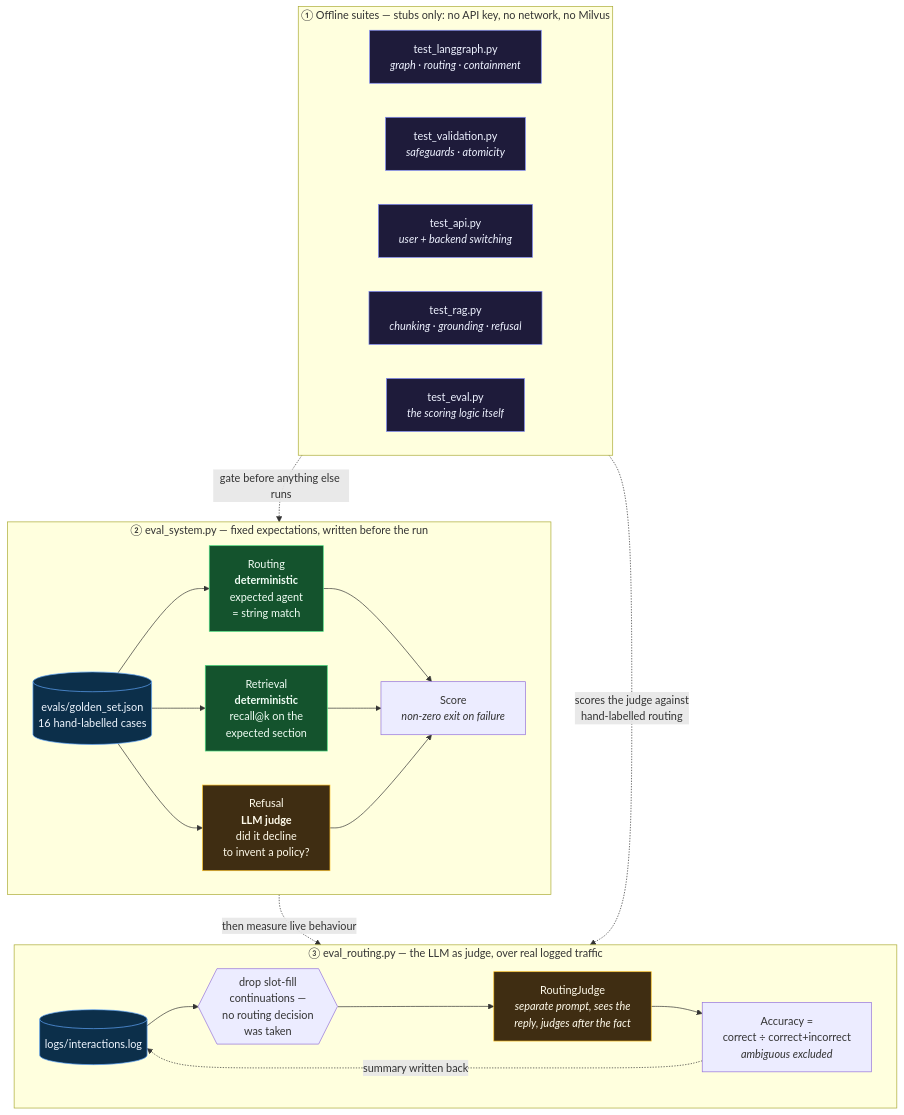
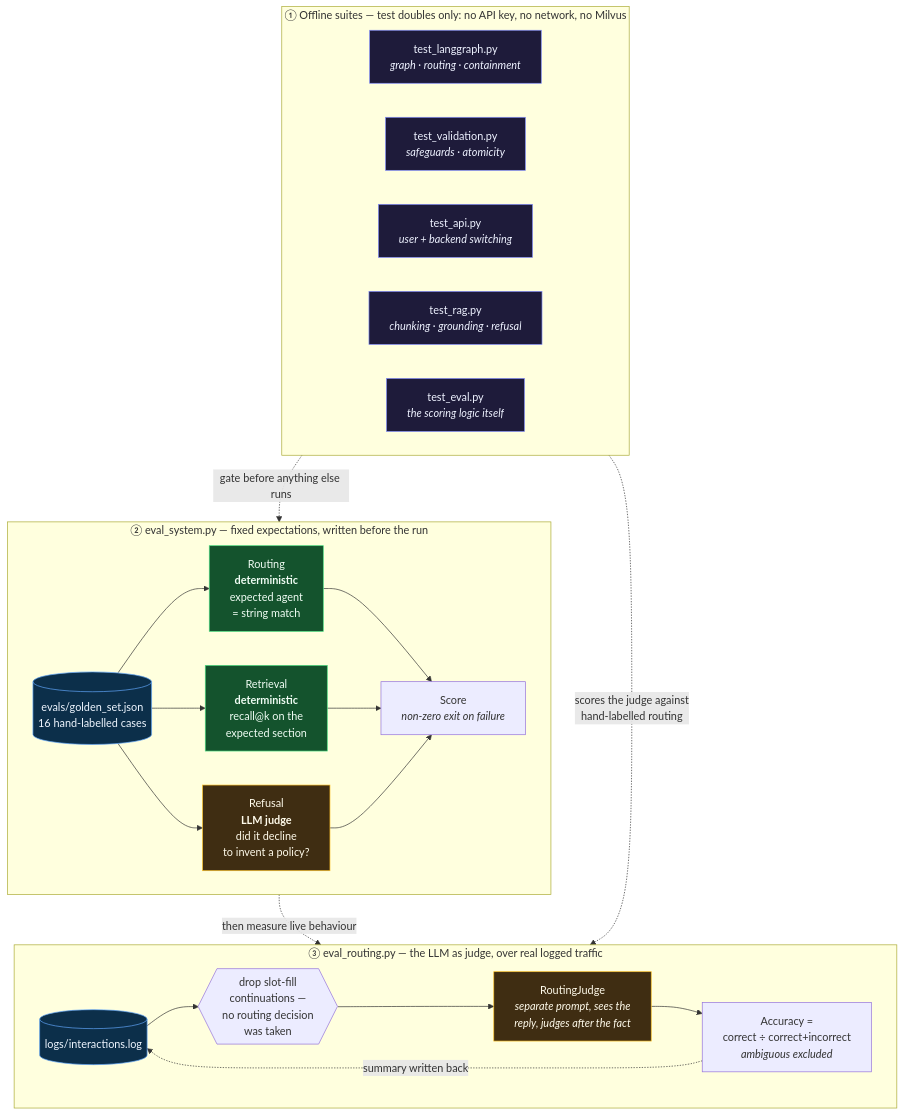
The fifth of 6 diagrams in README.md (mallahim01/hr_management-multiagent_orchestration), drawn with Mermaid before and after one commit. The commit also changed other lines of this file and 10 other files, not shown here.

````diff
--- a/README.md
+++ b/README.md
@@ -409,43 +433,43 @@
 ```mermaid
 flowchart TB
-    subgraph L1 ["① Offline suites — stubs only: no API key, no network, no Milvus"]
+    subgraph L1 ["① Offline suites — test doubles only: no API key, no network, no Milvus"]
         direction LR
         T1["test_langgraph.py<br><i>graph · routing · containment</i>"]
         T2["test_validation.py<br><i>safeguards · atomicity</i>"]
         T3["test_api.py<br><i>user + backend switching</i>"]
         T4["test_rag.py<br><i>chunking · grounding · refusal</i>"]
         T5["test_eval.py<br><i>the scoring logic itself</i>"]
     end
 
     subgraph L2 ["② eval_system.py — fixed expectations, written before the run"]
         direction LR
         GS[("evals/golden_set.json<br>16 hand-labelled cases")]
         GS --> S1["Routing<br><b>deterministic</b><br>expected agent<br>= string match"]
         GS --> S2["Retrieval<br><b>deterministic</b><br>recall@k on the<br>expected section"]
         GS --> S3["Refusal<br><b>LLM judge</b><br>did it decline<br>to invent a policy?"]
         S1 --> SC["Score<br><i>non-zero exit on failure</i>"]
         S2 --> SC
         S3 --> SC
     end
 
     subgraph L3 ["③ eval_routing.py — the LLM as judge, over real logged traffic"]
         direction LR
         LOGF[("logs/interactions.log")] --> SKIP{{"drop slot-fill<br>continuations —<br>no routing decision<br>was taken"}}
         SKIP --> RJ["RoutingJudge<br><i>separate prompt, sees the<br>reply, judges after the fact</i>"]
         RJ --> ACC["Accuracy =<br>correct ÷ correct+incorrect<br><i>ambiguous excluded</i>"]
     end
 
     L1 -.->|"gate before anything else runs"| L2
     L2 -.->|"then measure live behaviour"| L3
     T5 -. "scores the judge against<br>hand-labelled routing" .-> RJ
     ACC -. "summary written back" .-> LOGF
 
     classDef det fill:#14532d,stroke:#4ade80,color:#f0fdf4
     classDef judge fill:#3f2d12,stroke:#fbbf24,color:#fffbeb
     classDef store fill:#0c2f4a,stroke:#60a5fa,color:#eff6ff
     classDef test fill:#1e1b3a,stroke:#818cf8,color:#eef2ff
     class S1,S2 det
     class S3,RJ judge
     class GS,LOGF store
     class T1,T2,T3,T4,T5 test
 ```
````
